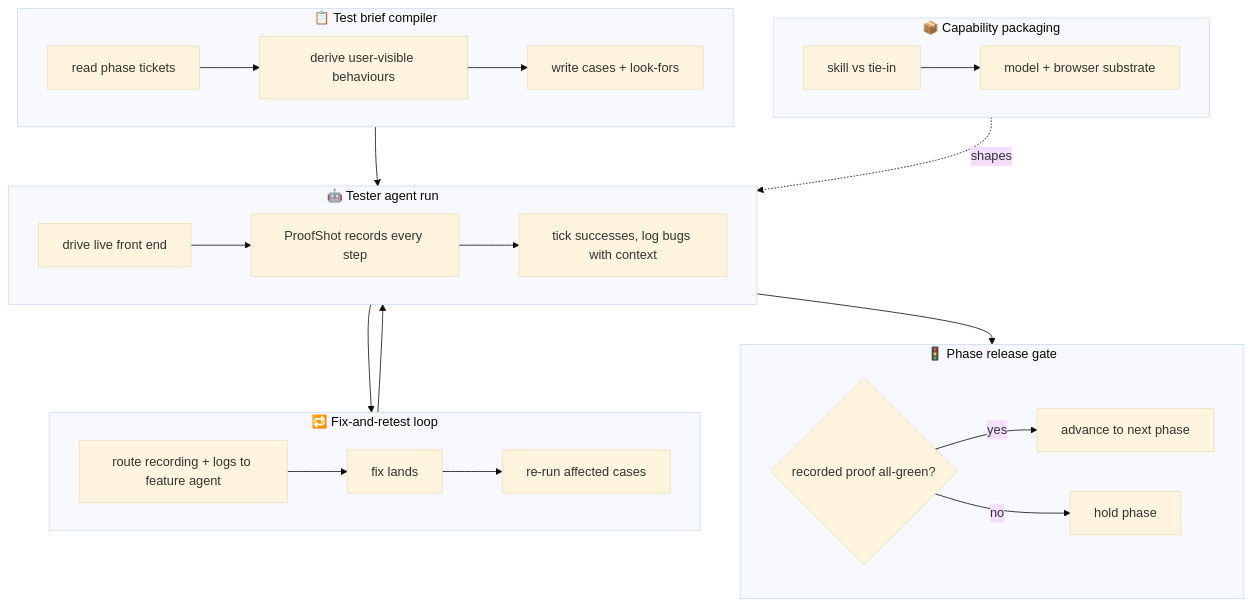
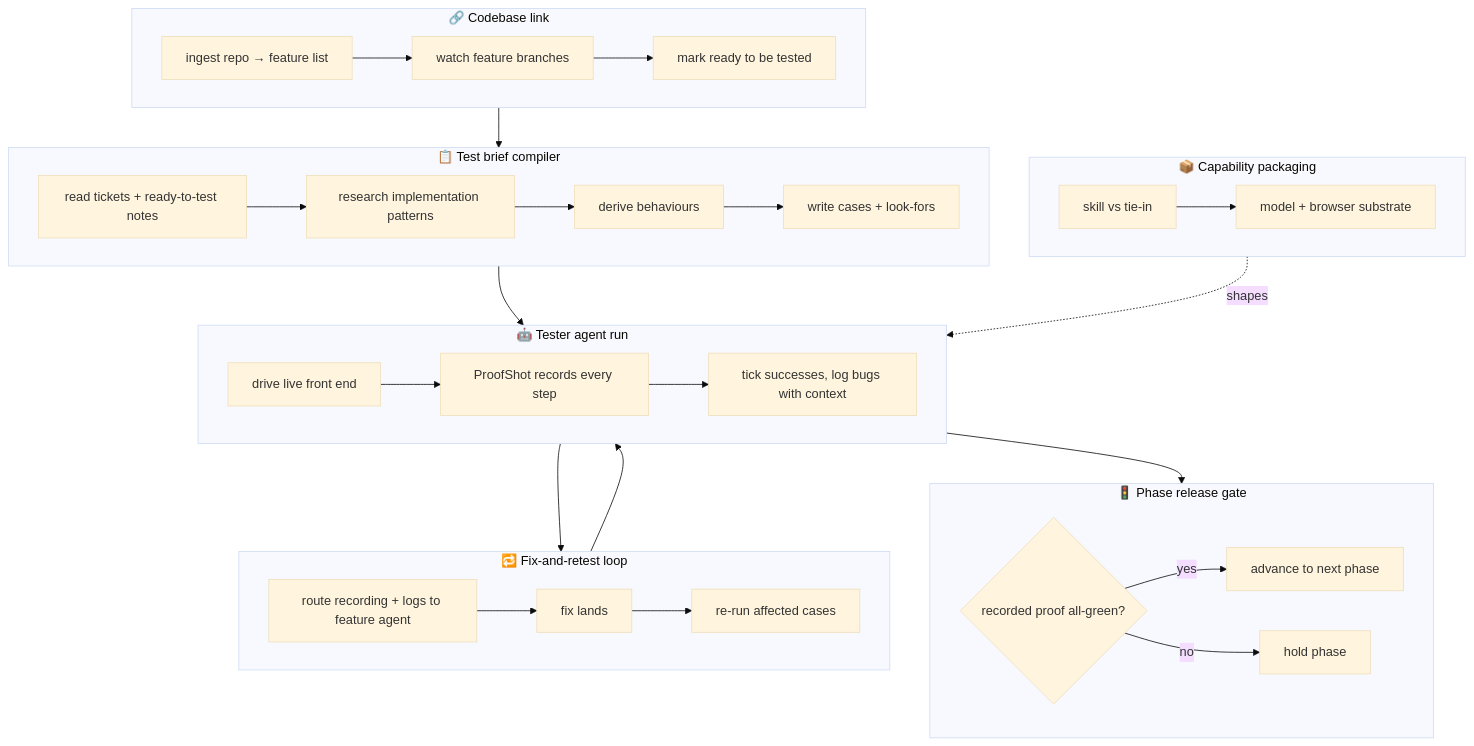
One commit to TR3-AI/idea-slicer changed the second of 2 diagrams in maps/production-user-testing.md. Above: the diagram before and after it, drawn with Mermaid (base theme). The commit also changed other lines of this file, not shown here.

Commit message:
Slice thought #12: codebase link department (repo ingestion + branch watch + ready-to-test)

````diff
--- a/maps/production-user-testing.md
+++ b/maps/production-user-testing.md
@@ -216,24 +256,28 @@
 ```mermaid
 flowchart TD
+  subgraph LINK["🔗 Codebase link"]
+    K1["ingest repo → feature list"] --> K2["watch feature branches"] --> K3["mark ready to be tested"]
+  end
   subgraph BRIEF["📋 Test brief compiler"]
-    B1["read phase tickets"] --> B2["derive user-visible behaviours"] --> B3["write cases + look-fors"]
+    B1["read tickets + ready-to-test notes"] --> B2["research implementation patterns"] --> B3["derive behaviours"] --> B4["write cases + look-fors"]
   end
   subgraph RUN["🤖 Tester agent run"]
     R1["drive live front end"] --> R2["ProofShot records every step"] --> R3["tick successes, log bugs with context"]
   end
   subgraph LOOP["🔁 Fix-and-retest loop"]
     L1["route recording + logs to feature agent"] --> L2["fix lands"] --> L3["re-run affected cases"]
   end
   subgraph GATE["🚦 Phase release gate"]
     G1{"recorded proof all-green?"} -- "yes" --> G2["advance to next phase"]
     G1 -- "no" --> G3["hold phase"]
   end
   subgraph PACK["📦 Capability packaging"]
     P1["skill vs tie-in"] --> P2["model + browser substrate"]
   end
+  LINK --> BRIEF
   BRIEF --> RUN
   RUN --> LOOP
   LOOP --> RUN
   RUN --> GATE
   PACK -. "shapes" .-> RUN
 ```
````
